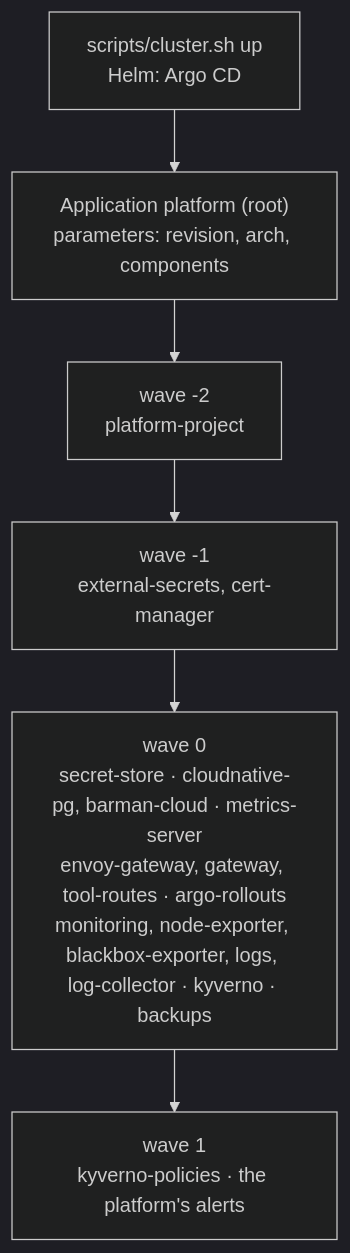
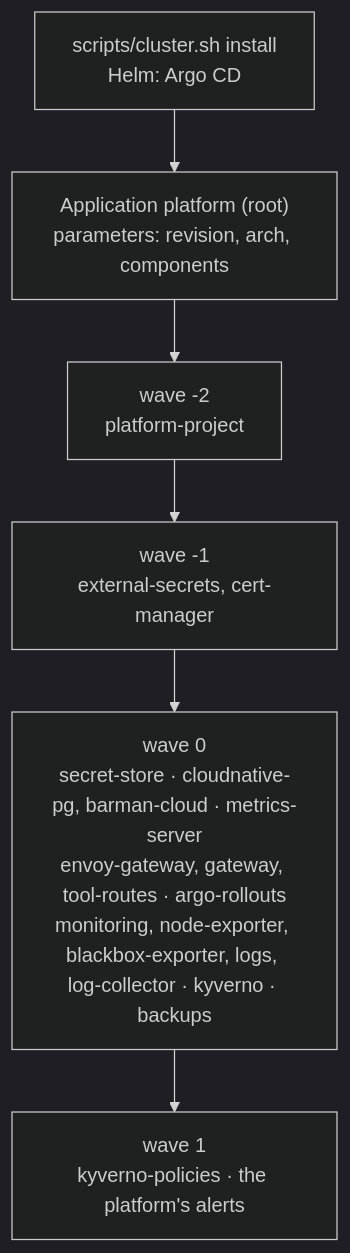
Before and after one commit to easypeasyops/platform: the second of 3 diagrams in docs/DESIGN.md, drawn with Mermaid (dark theme). The commit also changed other lines of this file and 3 other files, not shown here.

First line of the commit message:
cluster.sh: create (kind) and install (any cluster) as separate steps (PT-116) (#306)

````diff
--- a/docs/DESIGN.md
+++ b/docs/DESIGN.md
@@ -293,8 +299,8 @@
 ```mermaid
 flowchart TB
-  CS["scripts/cluster.sh up<br/>Helm: Argo CD"] --> Root["Application platform (root)<br/>parameters: revision, arch, components"]
+  CS["scripts/cluster.sh install<br/>Helm: Argo CD"] --> Root["Application platform (root)<br/>parameters: revision, arch, components"]
   Root --> WP["wave -2<br/>platform-project"]
   WP --> WB["wave -1<br/>external-secrets, cert-manager"]
   WB --> W0["wave 0<br/>secret-store · cloudnative-pg, barman-cloud · metrics-server<br/>envoy-gateway, gateway, tool-routes · argo-rollouts<br/>monitoring, node-exporter, blackbox-exporter, logs, log-collector · kyverno · backups"]
   W0 --> W1["wave 1<br/>kyverno-policies · the platform's alerts"]
 ```
````
